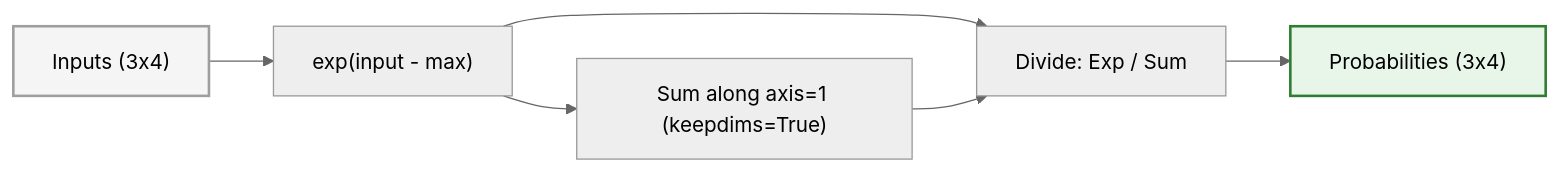
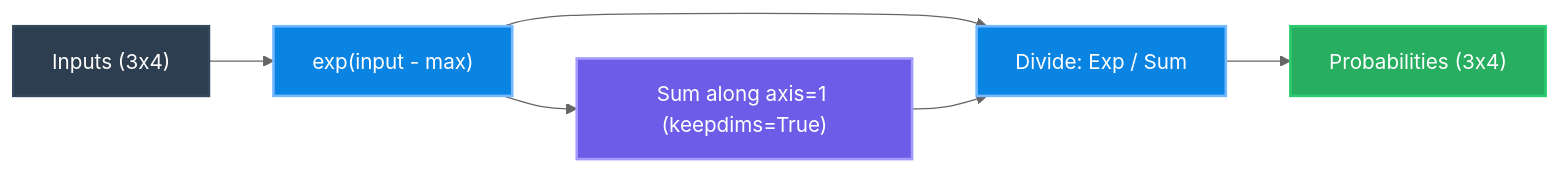
One commit to holycompile/Neural_Networks_from_Scratch changed the ninth of 10 diagrams in README.md. Above: the diagram before and after it, drawn with Mermaid (neutral theme). The commit also changed other lines of this file, not shown here.

````diff
--- a/README.md
+++ b/README.md
@@ -218,10 +228,14 @@
 ```mermaid
 graph LR
     In["Inputs (3x4)"] --> Exp["exp(input - max)"]
     Exp --> Sum["Sum along axis=1 (keepdims=True)"]
-    Exp & Sum --> Div["Divide: Exp / Sum"]
+    Exp --> Div["Divide: Exp / Sum"]
+    Sum --> Div
     Div --> Prob["Probabilities (3x4)"]
     
-    style In fill:#f5f5f5,stroke:#9e9e9e,stroke-width:2px;
-    style Prob fill:#e8f5e9,stroke:#2e7d32,stroke-width:2px;
+    style In fill:#2c3e50,stroke:#34495e,stroke-width:2px,color:#fff;
+    style Exp fill:#0984e3,stroke:#74b9ff,stroke-width:2px,color:#fff;
+    style Sum fill:#6c5ce7,stroke:#a29bfe,stroke-width:2px,color:#fff;
+    style Div fill:#0984e3,stroke:#74b9ff,stroke-width:2px,color:#fff;
+    style Prob fill:#27ae60,stroke:#2ecc71,stroke-width:2px,color:#fff;
 ```
````
